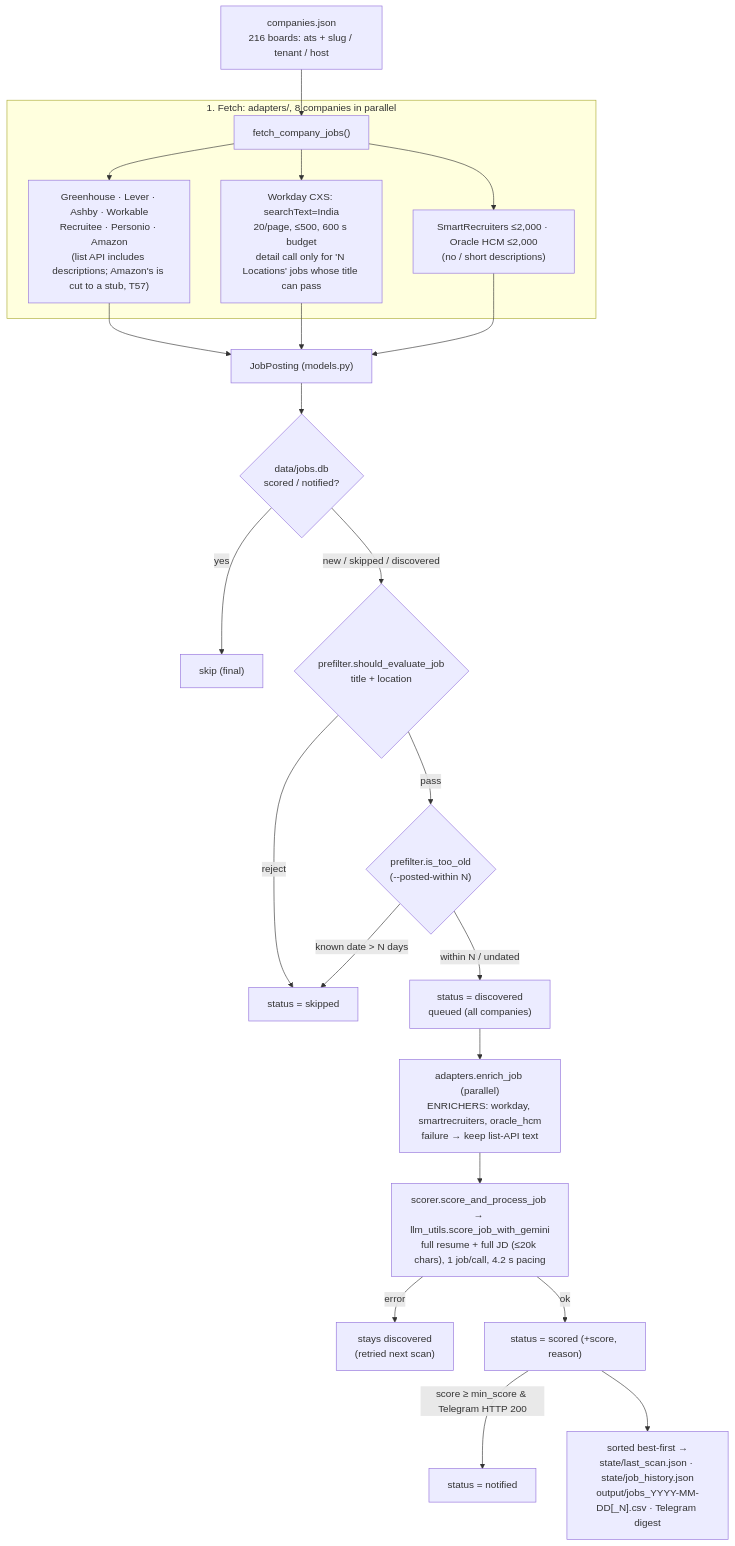
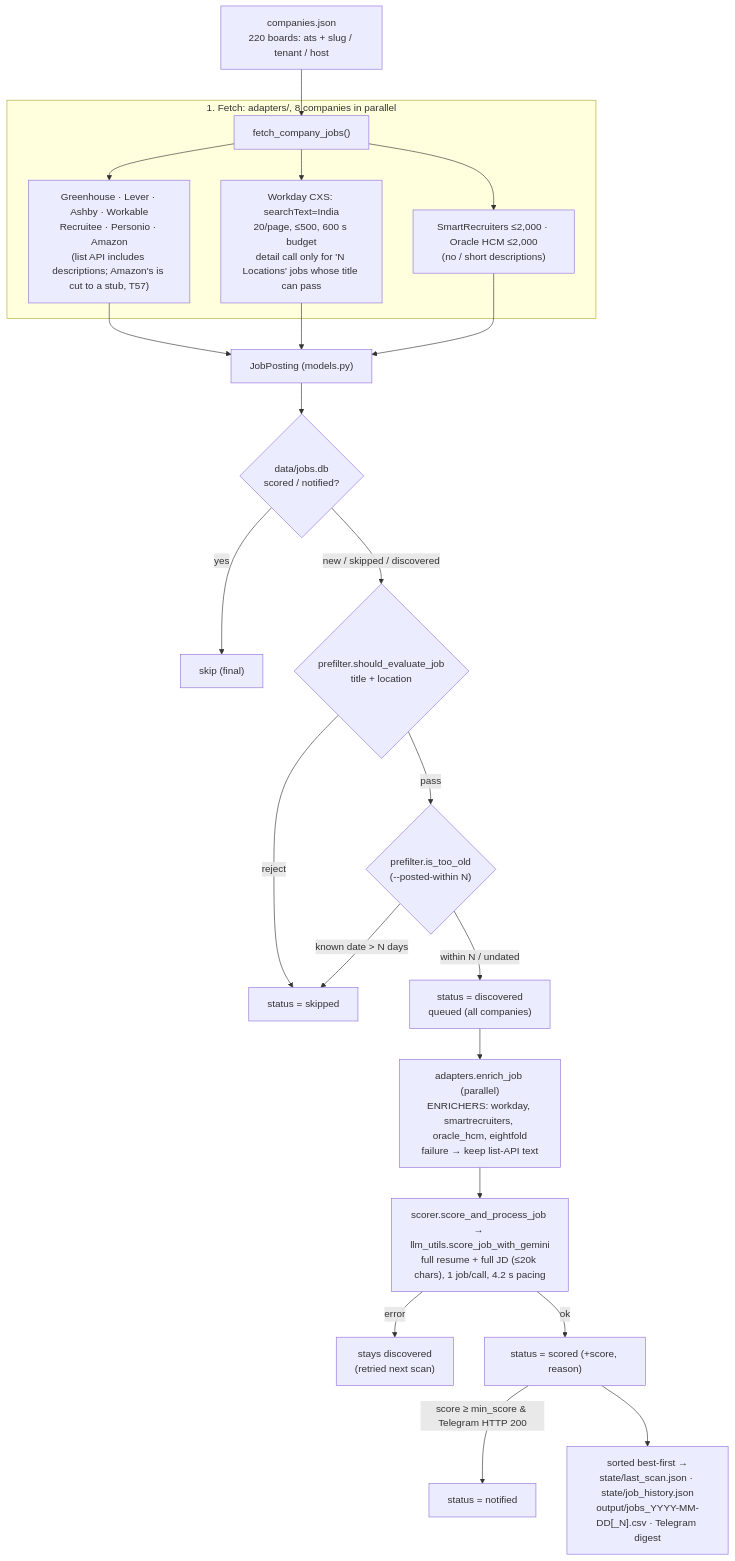
The diagram in ARCHITECTURE.md (Manish814142/rolesight), drawn with Mermaid before and after one commit. The commit also changed 13 other files, not shown here.

````diff
--- a/ARCHITECTURE.md
+++ b/ARCHITECTURE.md
@@ -19,25 +19,25 @@
 ```mermaid
 flowchart TD
-    COMP["companies.json<br/>216 boards: ats + slug / tenant / host"] --> FETCH
+    COMP["companies.json<br/>220 boards: ats + slug / tenant / host"] --> FETCH
     subgraph Fetch ["1. Fetch: adapters/, 8 companies in parallel"]
         FETCH["fetch_company_jobs()"] --> LISTAPI["Greenhouse · Lever · Ashby · Workable<br/>Recruitee · Personio · Amazon<br/>(list API includes descriptions; Amazon's is cut to a stub, T57)"]
         FETCH --> WD["Workday CXS: searchText=India<br/>20/page, ≤500, 600 s budget<br/>detail call only for 'N Locations' jobs whose title can pass"]
         FETCH --> SROH["SmartRecruiters ≤2,000 · Oracle HCM ≤2,000<br/>(no / short descriptions)"]
     end
     LISTAPI --> JP["JobPosting (models.py)"]
     WD --> JP
     SROH --> JP
     JP --> DEDUP{"data/jobs.db<br/>scored / notified?"}
     DEDUP -- yes --> SKIPF["skip (final)"]
     DEDUP -- "new / skipped / discovered" --> PF{"prefilter.should_evaluate_job<br/>title + location"}
     PF -- reject --> SKIPPED["status = skipped"]
     PF -- pass --> AGE{"prefilter.is_too_old<br/>(--posted-within N)"}
     AGE -- "known date > N days" --> SKIPPED
     AGE -- "within N / undated" --> QUEUE["status = discovered<br/>queued (all companies)"]
-    QUEUE --> ENRICH["adapters.enrich_job (parallel)<br/>ENRICHERS: workday, smartrecruiters, oracle_hcm<br/>failure → keep list-API text"]
+    QUEUE --> ENRICH["adapters.enrich_job (parallel)<br/>ENRICHERS: workday, smartrecruiters, oracle_hcm, eightfold<br/>failure → keep list-API text"]
     ENRICH --> SCORE["scorer.score_and_process_job → llm_utils.score_job_with_gemini<br/>full resume + full JD (≤20k chars), 1 job/call, 4.2 s pacing"]
     SCORE -- error --> DISC["stays discovered<br/>(retried next scan)"]
     SCORE -- ok --> SCORED["status = scored (+score, reason)"]
     SCORED -- "score ≥ min_score & Telegram HTTP 200" --> NOTIFIED["status = notified"]
     SCORED --> OUT["sorted best-first →<br/>state/last_scan.json · state/job_history.json<br/>output/jobs_YYYY-MM-DD[_N].csv · Telegram digest"]
 ```
````
